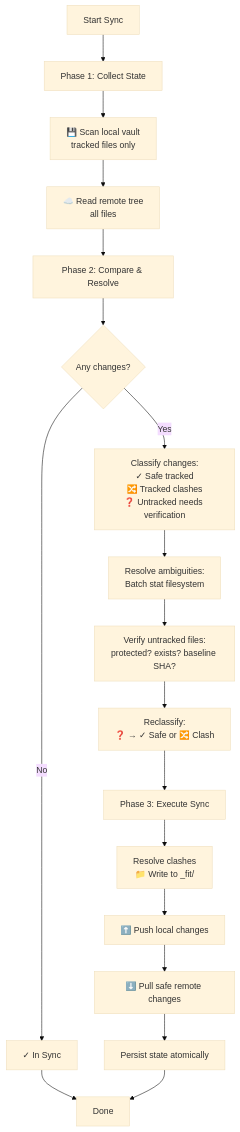
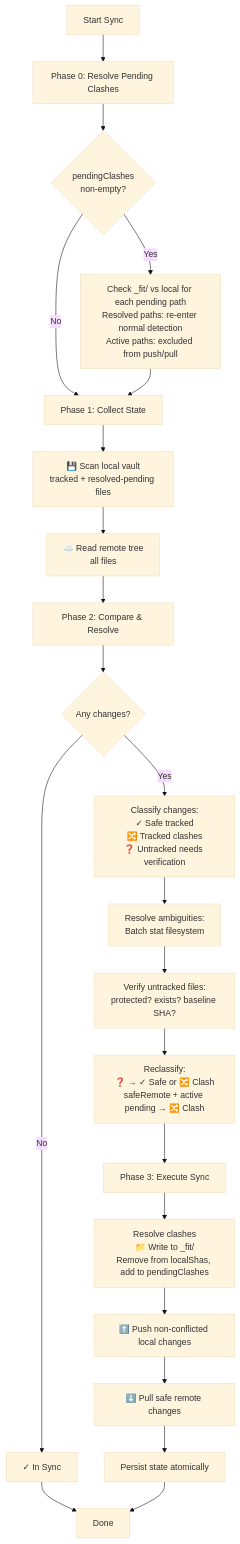
One commit to joshuakto/fit changed the fourth of 7 diagrams in docs/sync-logic.md. Above: the diagram before and after it, drawn with Mermaid (base theme). The commit also changed other lines of this file and 7 other files, not shown here.

Commit message:
fix(#283): data loss risks from considering only local files ignoring _fit/ (#284)

````diff
--- a/docs/sync-logic.md
+++ b/docs/sync-logic.md
@@ -416,25 +443,29 @@
 ```mermaid
 flowchart TD
-    Start[Start Sync] --> Phase1[Phase 1: Collect State]
-    Phase1 --> Gather1[💾 Scan local vault<br/>tracked files only]
+    Start[Start Sync] --> Phase0[Phase 0: Resolve Pending Clashes]
+    Phase0 --> PendingCheck{pendingClashes<br/>non-empty?}
+    PendingCheck -->|No| Phase1
+    PendingCheck -->|Yes| ResolvePending[Check _fit/ vs local for each pending path<br/>Resolved paths: re-enter normal detection<br/>Active paths: excluded from push/pull]
+    ResolvePending --> Phase1[Phase 1: Collect State]
+    Phase1 --> Gather1[💾 Scan local vault<br/>tracked + resolved-pending files]
     Gather1 --> Gather2[☁️ Read remote tree<br/>all files]
 
     Gather2 --> Phase2[Phase 2: Compare & Resolve]
     Phase2 --> EarlyExit{Any changes?}
 
     EarlyExit -->|No| InSync[✓ In Sync]
     EarlyExit -->|Yes| Classify[Classify changes:<br/>✓ Safe tracked<br/>🔀 Tracked clashes<br/>❓ Untracked needs verification]
 
     Classify --> Resolve[Resolve ambiguities:<br/>Batch stat filesystem]
     Resolve --> Verify[Verify untracked files:<br/>protected? exists? baseline SHA?]
-    Verify --> Reclassify[Reclassify:<br/>❓ → ✓ Safe or 🔀 Clash]
+    Verify --> Reclassify[Reclassify:<br/>❓ → ✓ Safe or 🔀 Clash<br/>safeRemote + active pending → 🔀 Clash]
 
     Reclassify --> Phase3[Phase 3: Execute Sync]
-    Phase3 --> ResolveConflicts[Resolve clashes<br/>📁 Write to _fit/]
-    ResolveConflicts --> Push[⬆️ Push local changes]
+    Phase3 --> ResolveConflicts[Resolve clashes<br/>📁 Write to _fit/<br/>Remove from localShas, add to pendingClashes]
+    ResolveConflicts --> Push[⬆️ Push non-conflicted local changes]
     Push --> Pull[⬇️ Pull safe remote changes]
     Pull --> Persist[Persist state atomically]
 
     InSync --> Done[Done]
     Persist --> Done
 ```
````
